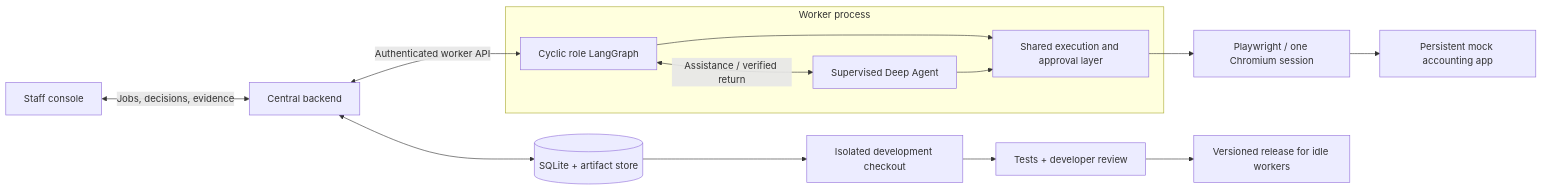
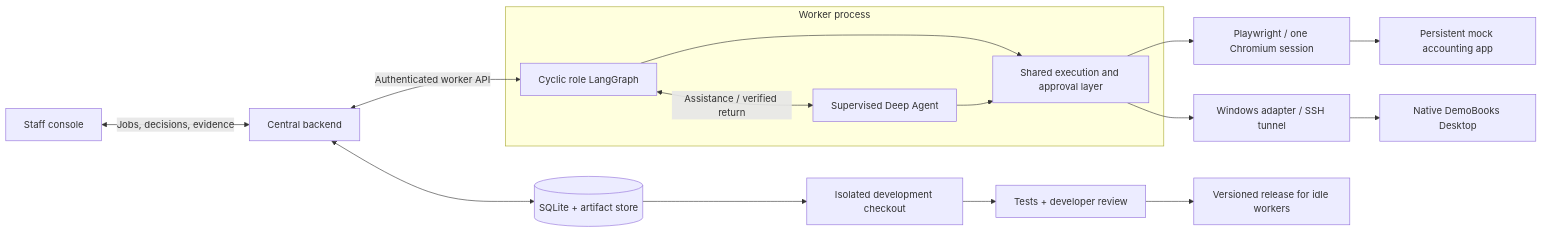
The diagram in README.md (philip-roy-jones/enterprise-agent-system), drawn with Mermaid before and after one commit. The commit also changed other lines of this file and 20 other files, not shown here.

Commit message:
Recover assigned Windows window and validate native accounting workflows

````diff
--- a/README.md
+++ b/README.md
@@ -97,19 +100,21 @@
 ```mermaid
 flowchart LR
     Staff[Staff console] <-->|Jobs, decisions, evidence| Backend[Central backend]
     Backend <--> State[(SQLite + artifact store)]
     Backend <-->|Authenticated worker API| Graph
     subgraph Worker[Worker process]
         Graph[Cyclic role LangGraph]
         Agent[Supervised Deep Agent]
         Shared[Shared execution and approval layer]
         Graph --> Shared
         Graph <-->|Assistance / verified return| Agent
         Agent --> Shared
     end
     Shared --> Browser[Playwright / one Chromium session]
     Browser --> App[Persistent mock accounting app]
+    Shared --> Native[Windows adapter / SSH tunnel]
+    Native --> DemoBooks[Native DemoBooks Desktop]
     State --> Dev[Isolated development checkout]
     Dev --> Review[Tests + developer review]
     Review --> Release[Versioned release for idle workers]
 ```
````
